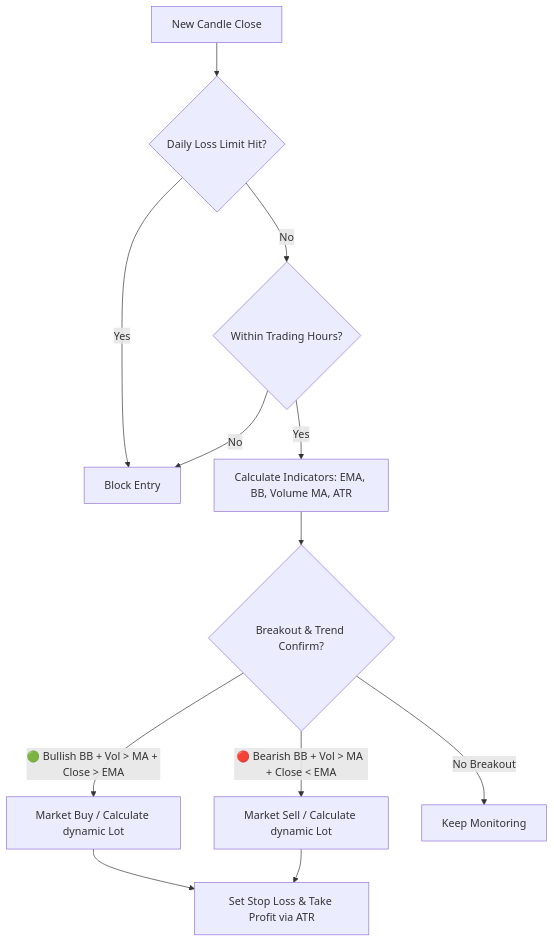
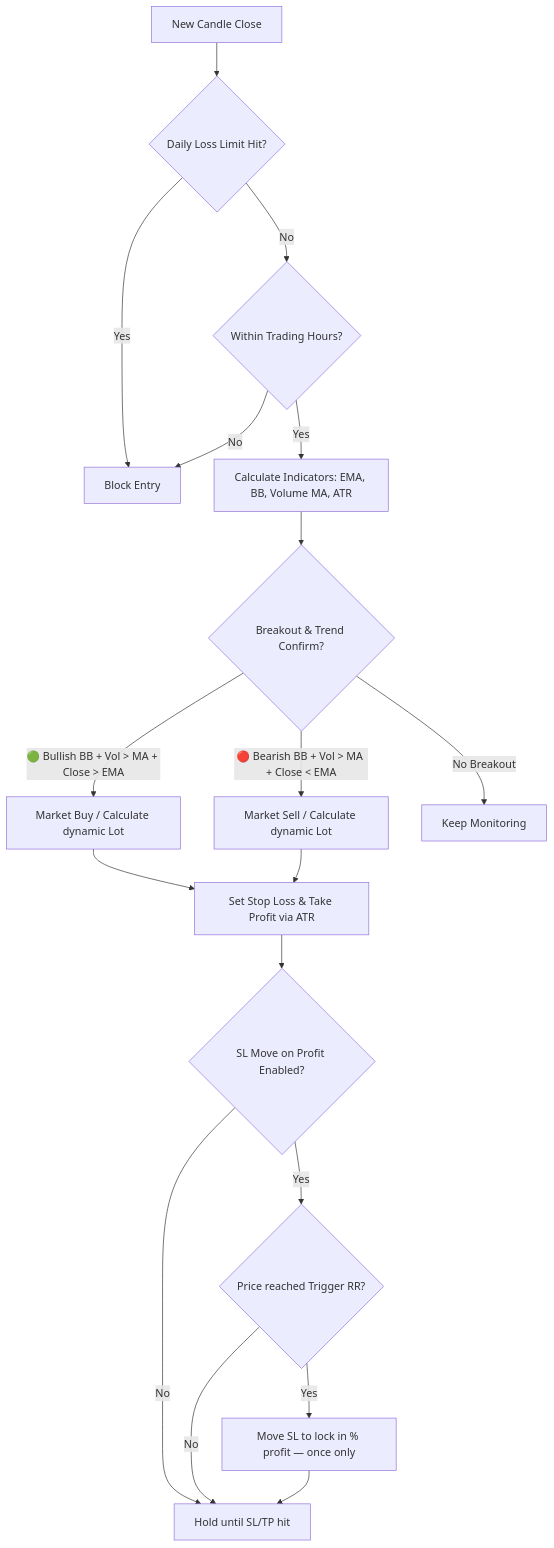
One commit to jzd101/breakout-follow-101 changed the first of 2 diagrams in README.md. Above: the diagram before and after it, drawn with Mermaid. The commit also changed other lines of this file and 2 other files, not shown here.

Commit message:
feat: implement optional SL move on profit protection to lock in gains once a predefined RR threshold is reached

````diff
--- a/README.md
+++ b/README.md
@@ -53,14 +53,20 @@
 ```mermaid
 graph TD
     A[New Candle Close] --> B{Daily Loss Limit Hit?}
     B -- Yes --> C[Block Entry]
     B -- No --> D{Within Trading Hours?}
     D -- No --> C
     D -- Yes --> E[Calculate Indicators: EMA, BB, Volume MA, ATR]
     E --> F{Breakout & Trend Confirm?}
     F -- 🟢 Bullish BB + Vol > MA + Close > EMA --> G[Market Buy / Calculate dynamic Lot]
     F -- 🔴 Bearish BB + Vol > MA + Close < EMA --> H[Market Sell / Calculate dynamic Lot]
     F -- No Breakout --> I[Keep Monitoring]
     G --> J[Set Stop Loss & Take Profit via ATR]
     H --> J
+    J --> K{SL Move on Profit Enabled?}
+    K -- Yes --> L{Price reached Trigger RR?}
+    K -- No --> M[Hold until SL/TP hit]
+    L -- Yes --> N[Move SL to lock in % profit — once only]
+    L -- No --> M
+    N --> M
 ```
````
